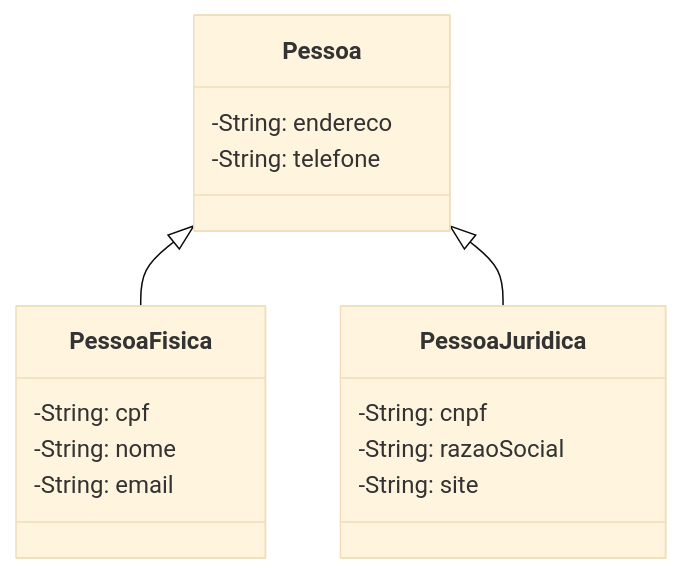
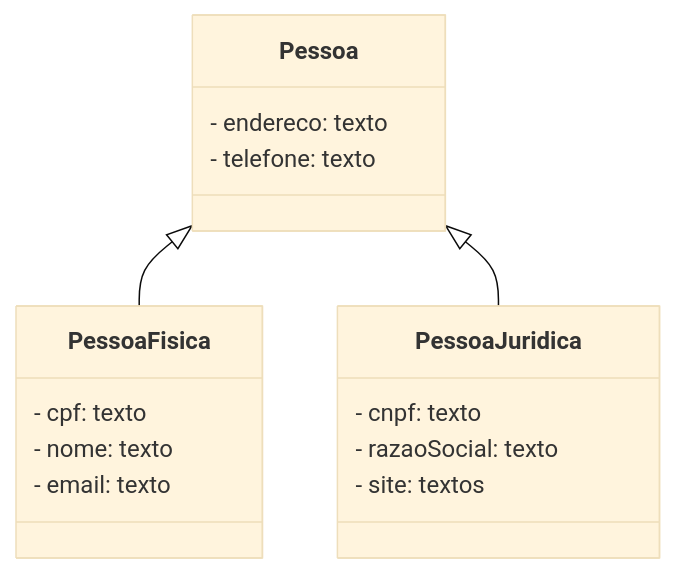
The second of 5 diagrams in 04_analise_de_sistemas/README.md (augustocesarsousa/engenharia-de-software), drawn with Mermaid (base theme) before and after one commit. The commit also changed other lines of this file, not shown here.

Commit message:
Análise de Sistemas - Objetos e Classes - Diagrama de Classes

````diff
--- a/04_analise_de_sistemas/README.md
+++ b/04_analise_de_sistemas/README.md
@@ -453,19 +453,19 @@
 ```mermaid
  classDiagram
       Pessoa <|-- PessoaFisica
       Pessoa <|-- PessoaJuridica
       class Pessoa{
-          -String: endereco
-          -String: telefone
+          - endereco: texto
+          - telefone: texto
       }
       class PessoaFisica{
-          -String: cpf
-          -String: nome
-          -String: email
+          - cpf: texto
+          - nome: texto
+          - email: texto
       }
       class PessoaJuridica{
-          -String: cnpf
-          -String: razaoSocial
-          -String: site
+          - cnpf: texto
+          - razaoSocial: texto
+          - site: textos
       }
 ```
````
